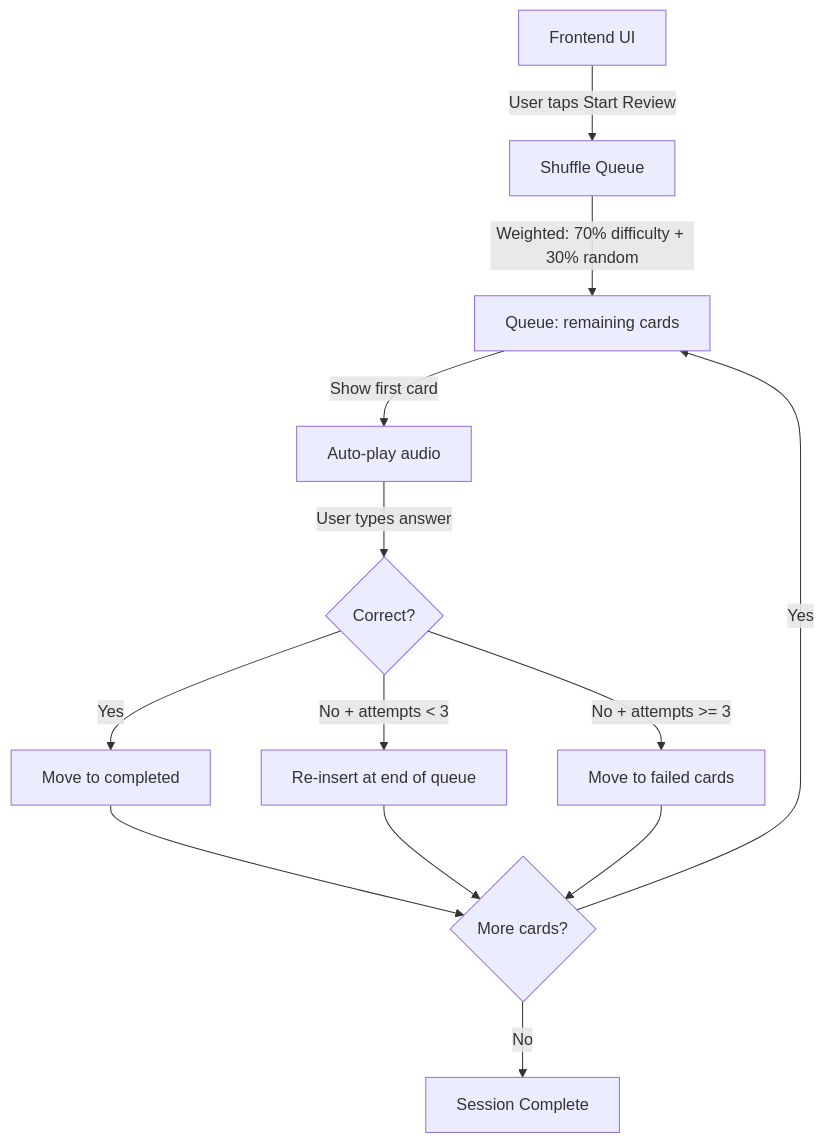
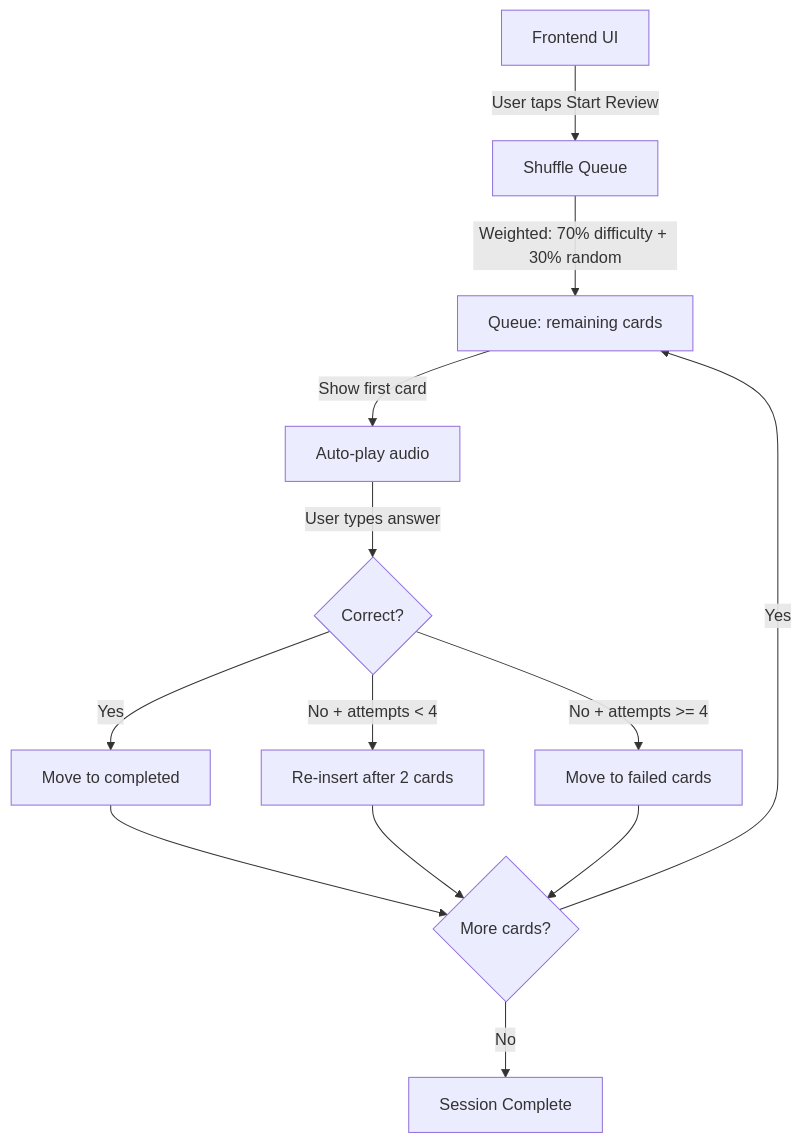
The first of 3 diagrams in AGENTS.md (noeEdwin/Hoid), drawn with Mermaid before and after one commit. The commit also changed other lines of this file and 23 other files, not shown here.

````diff
--- a/AGENTS.md
+++ b/AGENTS.md
@@ -304,15 +304,15 @@
 ```mermaid
 flowchart TD
     UI[Frontend UI] -->|User taps Start Review| SQ[Shuffle Queue]
     SQ -->|Weighted: 70% difficulty + 30% random| QC[Queue: remaining cards]
     QC -->|Show first card| AP[Auto-play audio]
     AP -->|User types answer| CH{Correct?}
     CH -->|Yes| MV[Move to completed]
-    CH -->|No + attempts < 3| RE[Re-insert at end of queue]
-    CH -->|No + attempts >= 3| FL[Move to failed cards]
+    CH -->|No + attempts < 4| RE[Re-insert after 2 cards]
+    CH -->|No + attempts >= 4| FL[Move to failed cards]
     MV --> NC{More cards?}
     RE --> NC
     FL --> NC
     NC -->|Yes| QC
     NC -->|No| Done[Session Complete]
 ```
````
